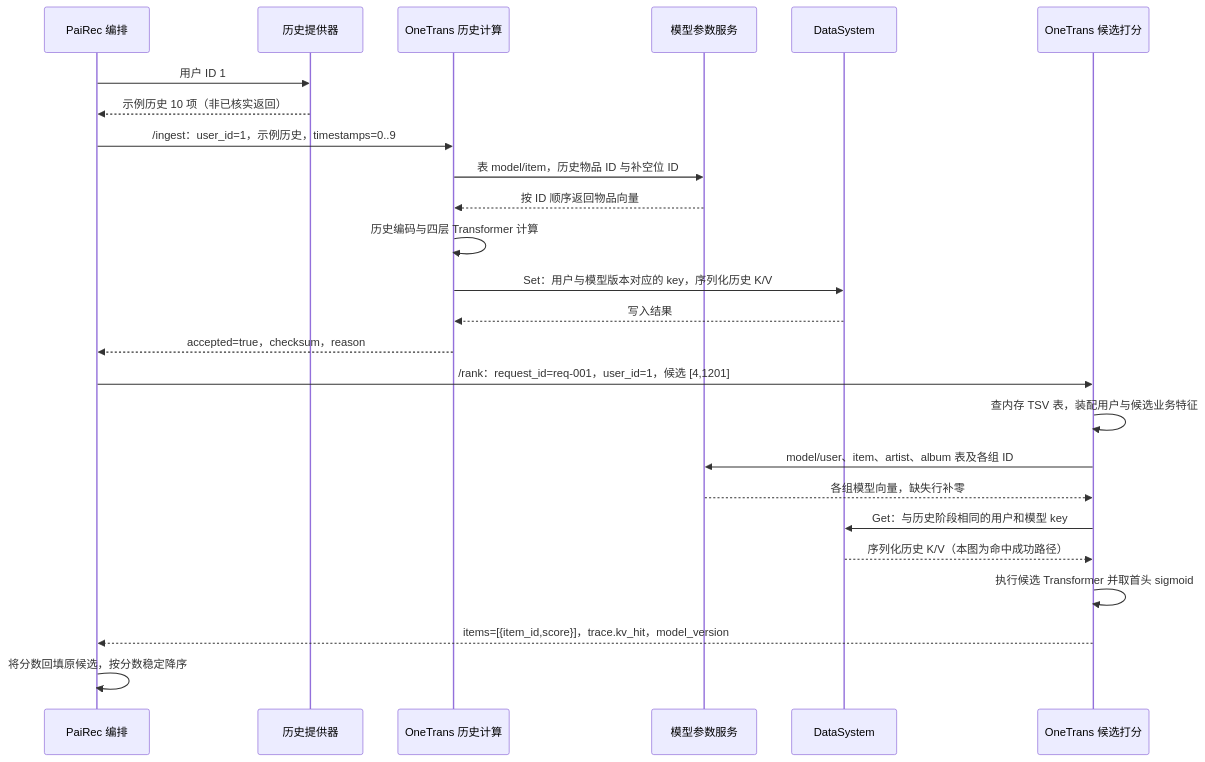
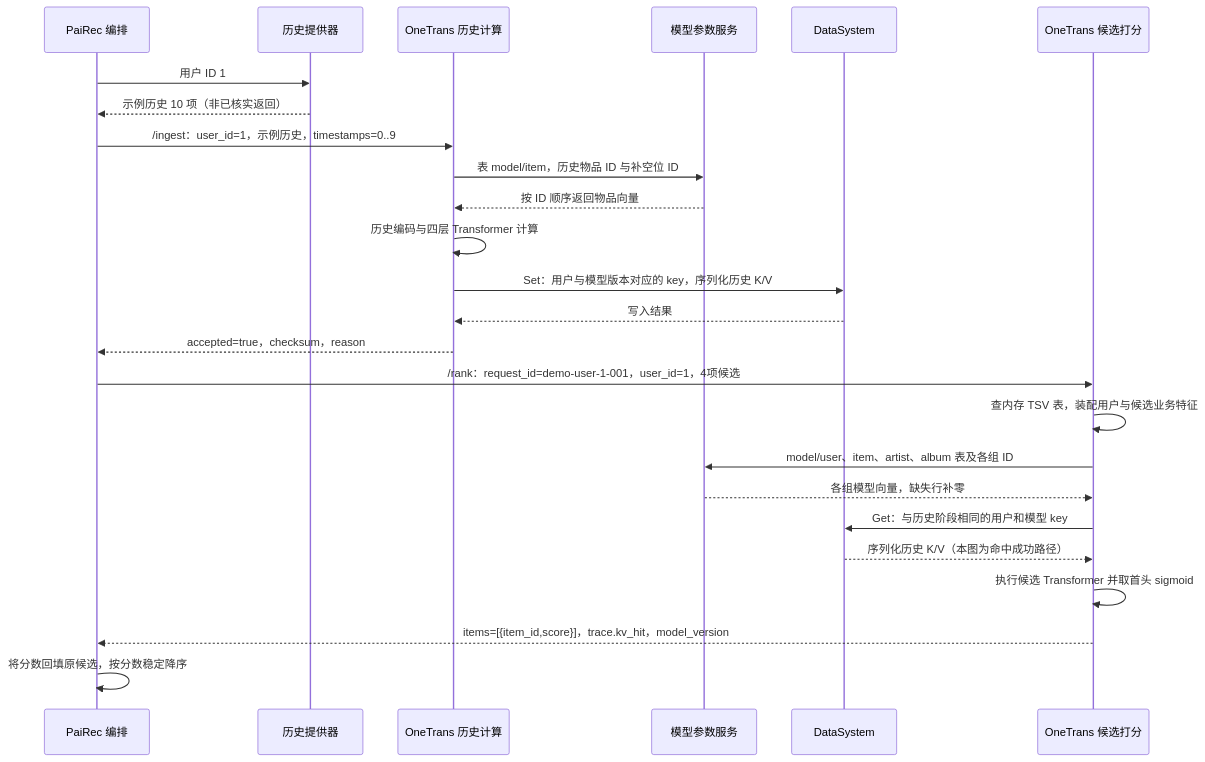
The seventh of 7 diagrams in 02_onetrans.md (bitianyuan123/docs), drawn with Mermaid before and after one commit. The commit also changed other lines of this file and 110 other files, not shown here.

````diff
--- a/02_onetrans.md
+++ b/02_onetrans.md
@@ -400,28 +478,28 @@
 ```mermaid
 sequenceDiagram
     participant P as PaiRec 编排
     participant H as 历史提供器
     participant S as OneTrans 历史计算
     participant PS as 模型参数服务
     participant DS as DataSystem
     participant R as OneTrans 候选打分
 
     P->>H: 用户 ID 1
     H-->>P: 示例历史 10 项（非已核实返回）
     P->>S: /ingest：user_id=1，示例历史，timestamps=0..9
     S->>PS: 表 model/item，历史物品 ID 与补空位 ID
     PS-->>S: 按 ID 顺序返回物品向量
     S->>S: 历史编码与四层 Transformer 计算
     S->>DS: Set：用户与模型版本对应的 key，序列化历史 K/V
     DS-->>S: 写入结果
     S-->>P: accepted=true，checksum，reason
-    P->>R: /rank：request_id=req-001，user_id=1，候选 [4,1201]
+    P->>R: /rank：request_id=demo-user-1-001，user_id=1，4项候选
     R->>R: 查内存 TSV 表，装配用户与候选业务特征
     R->>PS: model/user、item、artist、album 表及各组 ID
     PS-->>R: 各组模型向量，缺失行补零
     R->>DS: Get：与历史阶段相同的用户和模型 key
     DS-->>R: 序列化历史 K/V（本图为命中成功路径）
     R->>R: 执行候选 Transformer 并取首头 sigmoid
     R-->>P: items=[{item_id,score}]，trace.kv_hit，model_version
     P->>P: 将分数回填原候选，按分数稳定降序
 ```
````
